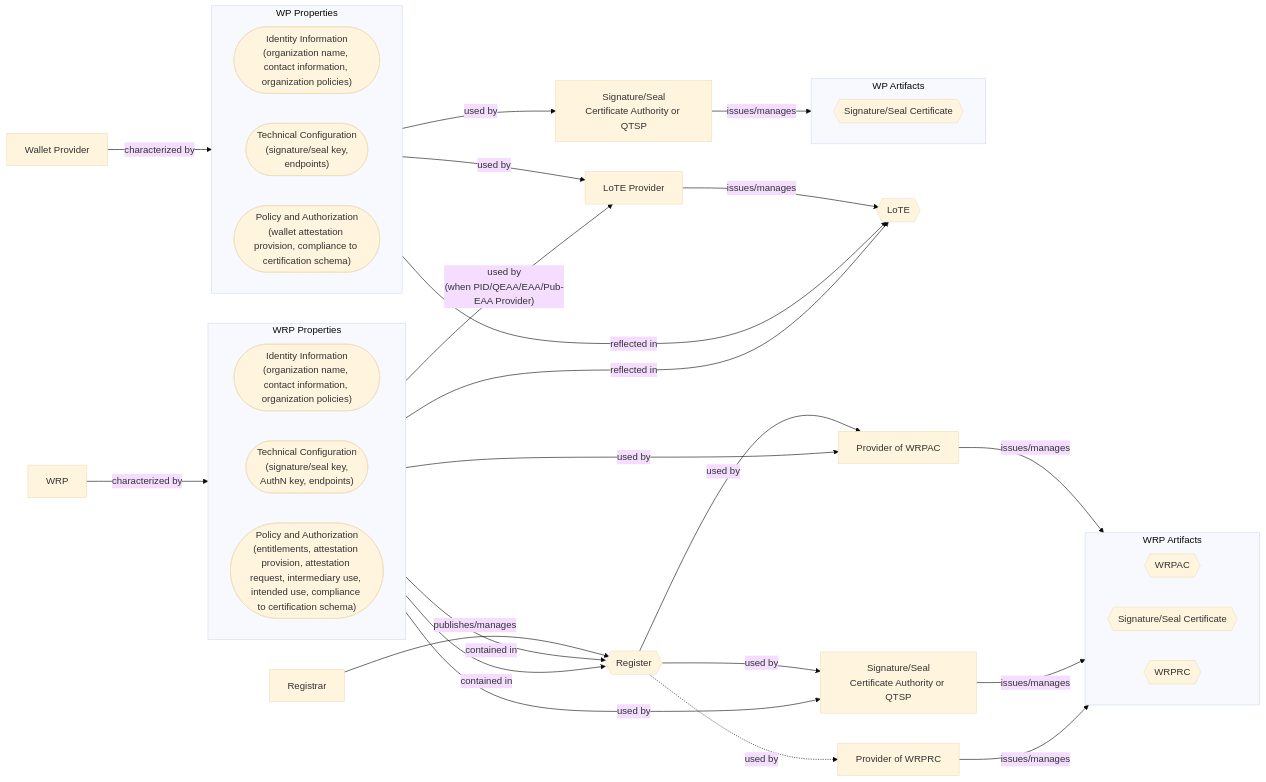
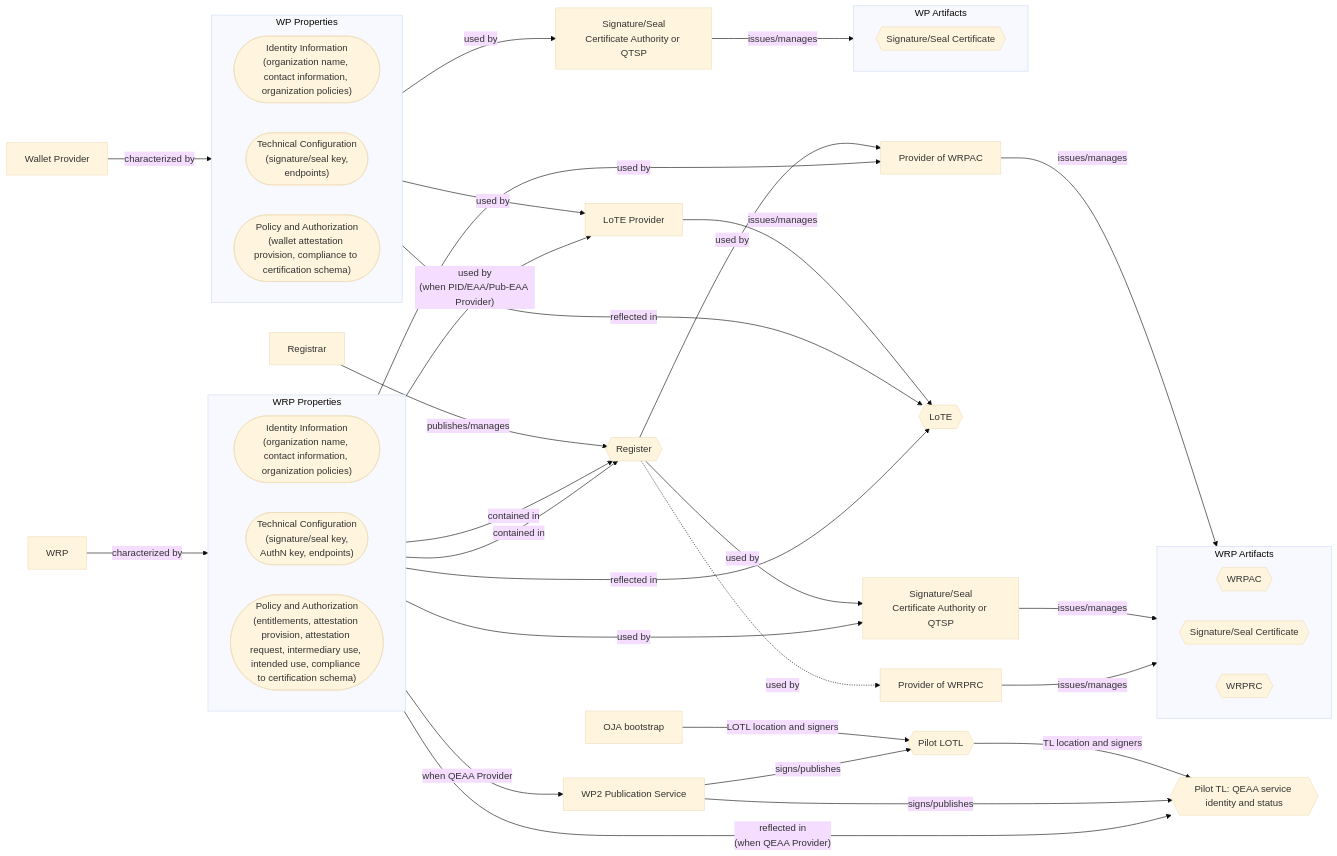
The first of 4 diagrams in docs/topics/trust-management-process.md (APTITUDE-Consortium/wp2-trust-specifications), drawn with Mermaid (base theme) before and after one commit. The commit also changed other lines of this file and 1 other file, not shown here.

````diff
--- a/docs/topics/trust-management-process.md
+++ b/docs/topics/trust-management-process.md
@@ -104,70 +107,80 @@
 ```mermaid
 flowchart LR
     wrp["WRP"]
 
     subgraph abst["WRP Properties"]
         direction LR
         id(["Identity Information<br>(organization name, contact information, organization policies)"])
         tech(["Technical Configuration<br>(signature/seal key,<br>AuthN key, endpoints)"])
         authz(["Policy and Authorization<br>(entitlements, attestation provision, attestation request, intermediary use, intended use, compliance to certification schema)"])
     end
 
     subgraph arti["WRP Artifacts"]
         direction LR
         ac{{"WRPAC"}}
         csig{{"Signature/Seal Certificate"}}
         rc{{"WRPRC"}}
     end
 
+    qtl{{"Pilot TL: QEAA service identity and status"}}
+    lotl{{"Pilot LOTL"}}
+    oja["OJA bootstrap"]
+    pub["WP2 Publication Service"]
+    oja -->|"LOTL location and signers"| lotl
+    lotl -->|"TL location and signers"| qtl
+    pub -->|"signs/publishes"| lotl
+    pub -->|"signs/publishes"| qtl
+    abst -->|"when QEAA Provider"| pub
     tl{{"LoTE"}}
     reg{{"Register"}}
 
     ca["Signature/Seal<br>Certificate Authority or QTSP"]
     acca["Provider of WRPAC"]
     rcca["Provider of WRPRC"]
     ent_reg["Registrar"]
     tlp["LoTE Provider"]
 
     ent_reg --"publishes/manages"--> reg
     wrp --"characterized by"--> abst
 
     reg --"used by"--> acca
     tech --"used by"--> acca
     acca --"issues/manages"--> ac
 
     reg --"used by"--> ca
     tech --"used by"--> ca
     ca --"issues/manages"--> csig
 
     reg -."used by".-> rcca
     rcca --"issues/manages"--> rc
 
     id --"contained in"--> reg
     authz --"reflected in"--> tl
+    authz --"reflected in<br>(when QEAA Provider)"--> qtl
     authz --"contained in"--> reg
-    abst --"used by<br>(when PID/QEAA/EAA/Pub-EAA Provider)"--> tlp
+    abst --"used by<br>(when PID/EAA/Pub-EAA Provider)"--> tlp
     tlp --"issues/manages"--> tl
     
 
     wp["Wallet Provider"]
 
     subgraph abst_wp["WP Properties"]
         direction LR
         id_wp(["Identity Information<br>(organization name, contact information, organization policies)"])
         tech_wp(["Technical Configuration<br>(signature/seal key,<br>endpoints)"])
          authz_wp(["Policy and Authorization<br>(wallet attestation provision, compliance to certification schema)"])
     end
 
     subgraph arti_wp["WP Artifacts"]
         direction LR
         csig_wp{{"Signature/Seal Certificate"}}
     end
     ca_wp["Signature/Seal<br>Certificate Authority or QTSP"]
 
     wp --"characterized by"--> abst_wp
     authz_wp --"reflected in"--> tl
     tech_wp --"used by"--> ca_wp
     ca_wp --"issues/manages"--> csig_wp
 
     abst_wp --"used by"--> tlp
 ```
````
